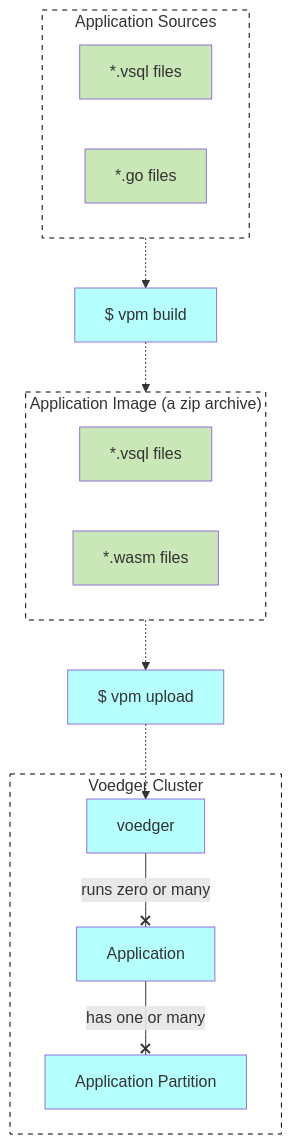
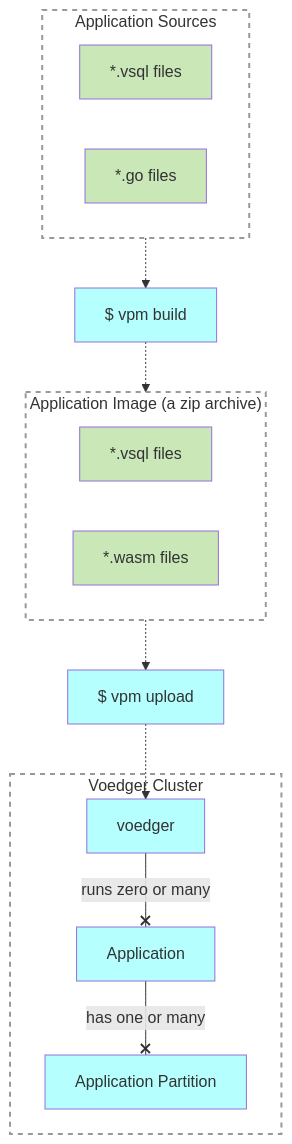
One commit to voedger/voedger-docs changed the diagram in concepts/applications.md. Above: the diagram before and after it, drawn with Mermaid. The commit also changed 2 other files, not shown here.

Commit message:
Update classDef colors and stroke styles

````diff
--- a/concepts/applications.md
+++ b/concepts/applications.md
@@ -9,43 +9,44 @@
 ```mermaid
 graph TD
 
 %% Entities ====================
 
 Sources:::G
 subgraph Sources["Application Sources"]
    VSQLfiles["*.vsql files"]:::H
    Gofiles["*.go files"]:::H
 end
 
 Image:::G
 subgraph Image["Application Image (a zip archive)"]
     VSQLfiles2["*.vsql files"]:::H
     WASMFIle["*.wasm files"]:::H
 end
 
 Cluster:::G
 subgraph Cluster["Voedger Cluster"]
     voedger:::S
     Application:::S    
     AppPartition["Application Partition"]:::S
 end
 
 vpm["$ vpm build"]:::S
 vpmupload["$ vpm upload"]:::S
 
 %% Relations ====================
 
 Sources -.-> vpm
 vpm -.-> Image
 Image -.-> vpmupload
 vpmupload -.-> voedger
 
 voedger --x |runs zero or many| Application
 Application --x |has one or many| AppPartition
 
 
-classDef B fill:#FFFFB5
-classDef S fill:#B5FFFF
-classDef H fill:#C9E7B7
-classDef G fill:#FFFFFF,stroke:#000000, stroke-width:1px, stroke-dasharray: 5 5
+
+classDef B fill:#FFFFB5,color:#333
+classDef S fill:#B5FFFF,color:#333
+classDef H fill:#C9E7B7,color:#333
+classDef G fill:#ffffff15, stroke:#999, stroke-width:2px, stroke-dasharray: 5 5
 ```
````
